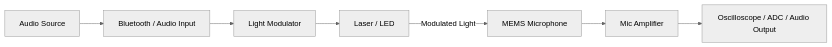
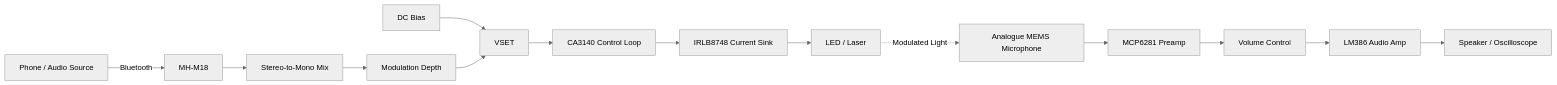
One commit to manyetox/Light-Modulator-MEMS-Mic-Amp changed the diagram in README.md. Above: the diagram before and after it, drawn with Mermaid (neutral theme). The commit also changed other lines of this file, not shown here.

````diff
--- a/README.md
+++ b/README.md
@@ -28,9 +37,17 @@
 ```mermaid
 flowchart LR
-    A["Audio Source"] --> B["Bluetooth / Audio Input"]
-    B --> C["Light Modulator"]
-    C --> D["Laser / LED"]
-    D -->|Modulated Light| E["MEMS Microphone"]
-    E --> F["Mic Amplifier"]
-    F --> G["Oscilloscope / ADC / Audio Output"]
+    A[Phone / Audio Source] -->|Bluetooth| B[MH-M18]
+    B --> C[Stereo-to-Mono Mix]
+    C --> D[Modulation Depth]
+    E[DC Bias] --> F[VSET]
+    D --> F
+    F --> G[CA3140 Control Loop]
+    G --> H[IRLB8748 Current Sink]
+    H --> I[LED / Laser]
+
+    I -. Modulated Light .-> J[Analogue MEMS Microphone]
+    J --> K[MCP6281 Preamp]
+    K --> L[Volume Control]
+    L --> M[LM386 Audio Amp]
+    M --> N[Speaker / Oscilloscope]
 ```
````
